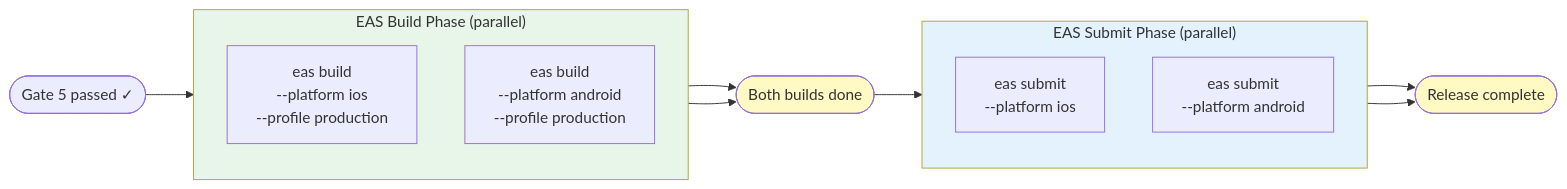
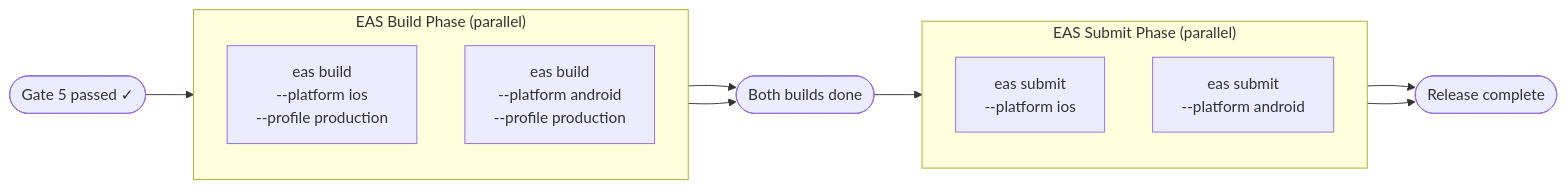
The third of 7 diagrams in docs/CONCURRENCY.md (ofcskn/mobile-automation-plugin), drawn with Mermaid before and after one commit. The commit also changed other lines of this file and 1 other file, not shown here.

First line of the commit message:
fix: correct install command format and remove mermaid color fills

````diff
--- a/docs/CONCURRENCY.md
+++ b/docs/CONCURRENCY.md
@@ -140,26 +125,22 @@
 ```mermaid
 flowchart LR
     subgraph BUILD ["EAS Build Phase (parallel)"]
         direction TB
         B1["eas build\n--platform ios\n--profile production"]
         B2["eas build\n--platform android\n--profile production"]
     end
 
     subgraph SUBMIT ["EAS Submit Phase (parallel)"]
         direction TB
         S1["eas submit\n--platform ios"]
         S2["eas submit\n--platform android"]
     end
 
     GATE1([Gate 5 passed ✓]) --> BUILD
     B1 --> SYNC1([Both builds done])
     B2 --> SYNC1
     SYNC1 --> SUBMIT
     S1 --> SYNC2([Release complete])
     S2 --> SYNC2
 
-    style BUILD fill:#e8f5e9
-    style SUBMIT fill:#e3f2fd
-    style SYNC1 fill:#fff9c4
-    style SYNC2 fill:#fff9c4
 ```
````
